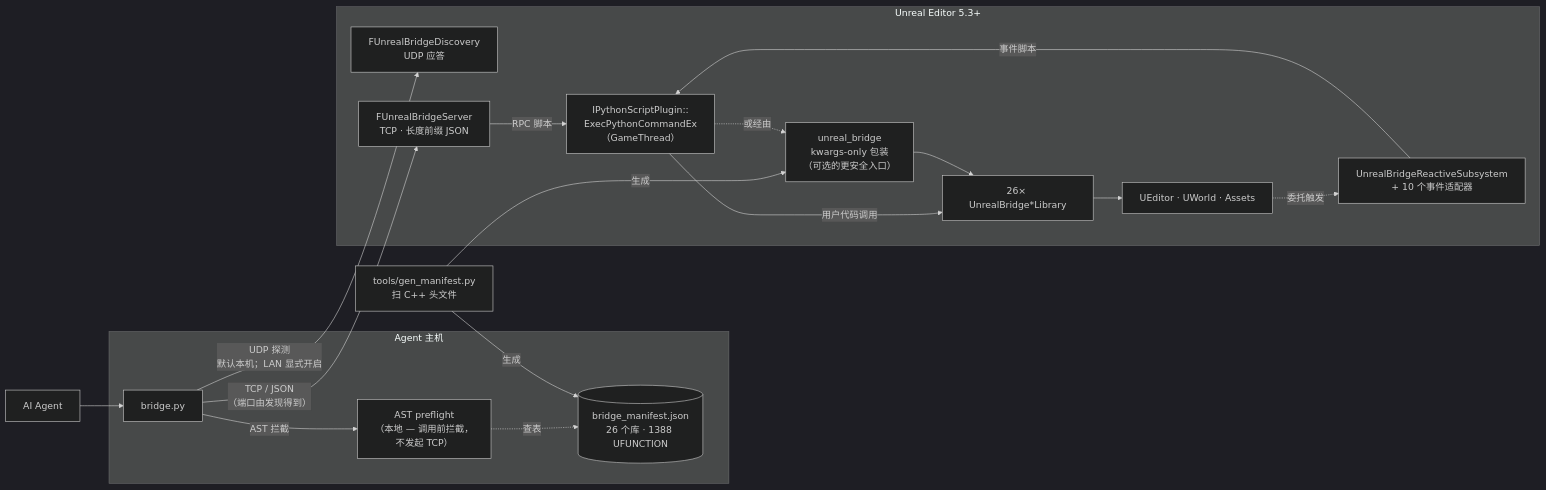
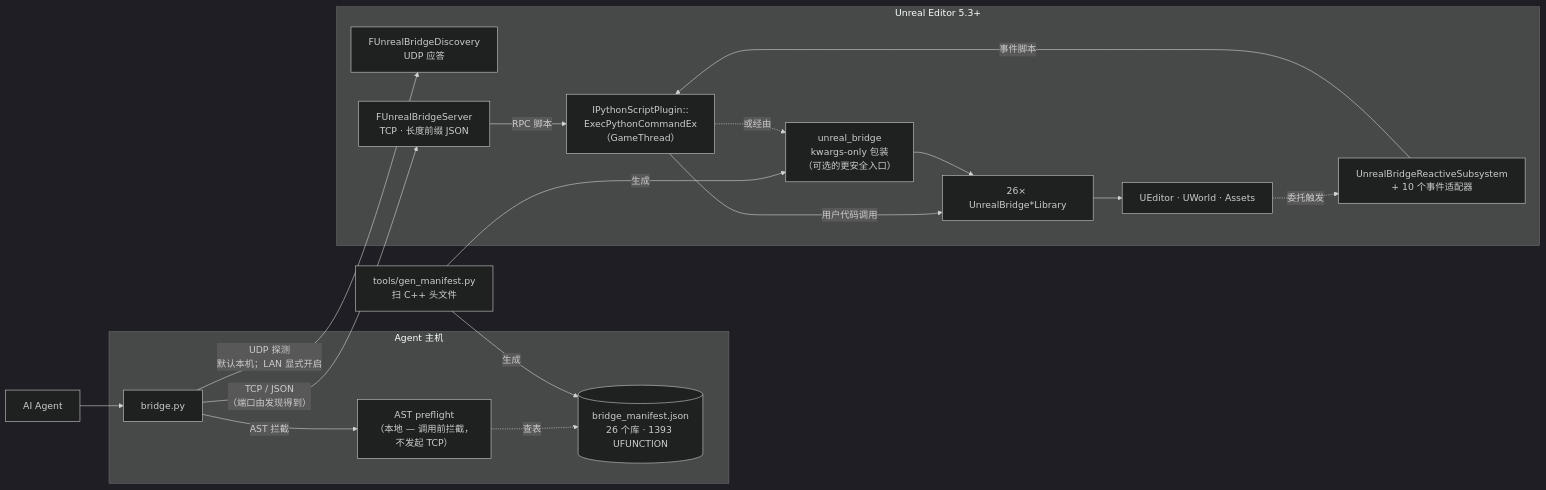
One commit to TornLux/UnrealBridge changed the diagram in README.zh-CN.md. Above: the diagram before and after it, drawn with Mermaid (dark theme). The commit also changed other lines of this file and 18 other files, not shown here.

````diff
--- a/README.zh-CN.md
+++ b/README.zh-CN.md
@@ -45,40 +45,40 @@
 ```mermaid
 flowchart LR
     Agent["AI Agent"]
 
     subgraph Host["Agent 主机"]
       CLI["bridge.py"]
       Pre["AST preflight<br/>（本地 — 调用前拦截，<br/>不发起 TCP）"]
-      Mani[("bridge_manifest.json<br/>26 个库 · 1388 UFUNCTION")]
+      Mani[("bridge_manifest.json<br/>26 个库 · 1393 UFUNCTION")]
     end
 
     Gen["tools/gen_manifest.py<br/>扫 C++ 头文件"]
 
     subgraph UE["Unreal Editor 5.3+"]
       Disc["FUnrealBridgeDiscovery<br/>UDP 应答"]
       Server["FUnrealBridgeServer<br/>TCP · 长度前缀 JSON"]
       Reactive["UnrealBridgeReactiveSubsystem<br/>+ 10 个事件适配器"]
       Exec["IPythonScriptPlugin::<br/>ExecPythonCommandEx<br/>（GameThread）"]
       Wrap["unreal_bridge<br/>kwargs-only 包装<br/>（可选的更安全入口）"]
       Libs["26× UnrealBridge*Library"]
       Engine["UEditor · UWorld · Assets"]
     end
 
     Agent --> CLI
     CLI -- "AST 拦截" --> Pre
     Pre -. "查表" .-> Mani
 
     Gen -- "生成" --> Mani
     Gen -- "生成" --> Wrap
 
     CLI -- "UDP 探测<br/>默认本机；LAN 显式开启" --> Disc
     CLI -- "TCP / JSON<br/>（端口由发现得到）" --> Server
     Server -- "RPC 脚本" --> Exec
     Engine -. "委托触发" .-> Reactive
     Reactive -- "事件脚本" --> Exec
 
     Exec -- "用户代码调用" --> Libs
     Exec -. "或经由" .-> Wrap
     Wrap --> Libs
     Libs --> Engine
 ```
````
